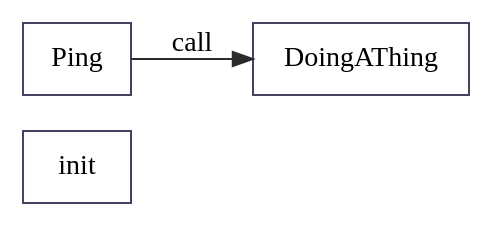
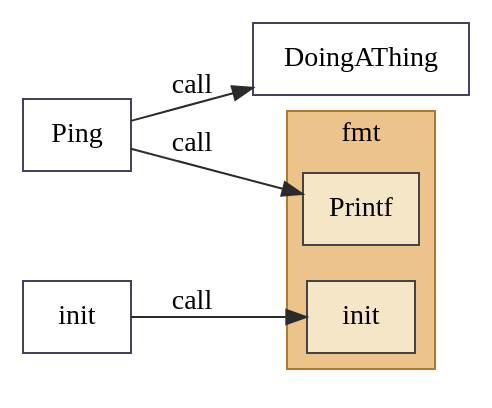
Before and after one commit to KeithFarrugia/go-callstat: the diagram in output/dotfiles/example.com_depusagetest_something.dot, drawn with Graphviz. The commit also changed 12 other files, not shown here.

```diff
--- a/output/dotfiles/example.com_depusagetest_something.dot
+++ b/output/dotfiles/example.com_depusagetest_something.dot
@@ -1,7 +1,19 @@
 digraph "" {
   rankdir=LR;
-  "n1" [color="#484061", label="init", shape="box", style="solid", tooltip="example.com/depusagetest/something.init"];
-  "n12" [color="#484061", label="Ping", shape="box", style="solid", tooltip="(*example.com/depusagetest/something.Bob).Ping"];
-  "n13" [color="#484061", label="DoingAThing", shape="box", style="solid", tooltip="(*example.com/depusagetest/something.Bob).DoingAThing"];
-  "n12" -> "n13" [arrowhead="normal", color="#2b2b2b", label="call", style="solid", tooltip="(*Bob).DoingAThing(b)"];
+  subgraph "cluster_fmt" {
+    label="fmt";
+    color="#af7a2e";
+    fillcolor="#ebc38b";
+    labelfontname="Cascadia-Mono";
+    style="filled";
+    tooltip="fmt";
+    "ext_4928" [color="#444444", fillcolor="#f5e6c8", label="Printf", shape="box", style="filled", tooltip="fmt.Printf"];
+    "ext_903" [color="#444444", fillcolor="#f5e6c8", label="init", shape="box", style="filled", tooltip="fmt.init"];
+  }
+  "n4926" [color="#484061", label="Ping", shape="box", style="solid", tooltip="(*example.com/depusagetest/something.Bob).Ping"];
+  "n4927" [color="#484061", label="DoingAThing", shape="box", style="solid", tooltip="(*example.com/depusagetest/something.Bob).DoingAThing"];
+  "n902" [color="#484061", label="init", shape="box", style="solid", tooltip="example.com/depusagetest/something.init"];
+  "n4926" -> "n4927" [arrowhead="normal", color="#2b2b2b", label="call", style="solid", tooltip="(*Bob).DoingAThing(b)"];
+  "n4926" -> "ext_4928" [arrowhead="normal", color="#2b2b2b", label="call", style="solid", tooltip="fmt.Printf(\"Hello\":string, nil:[]any...)"];
+  "n902" -> "ext_903" [arrowhead="normal", color="#2b2b2b", label="call", style="solid", tooltip="fmt.init()"];
 }
```
